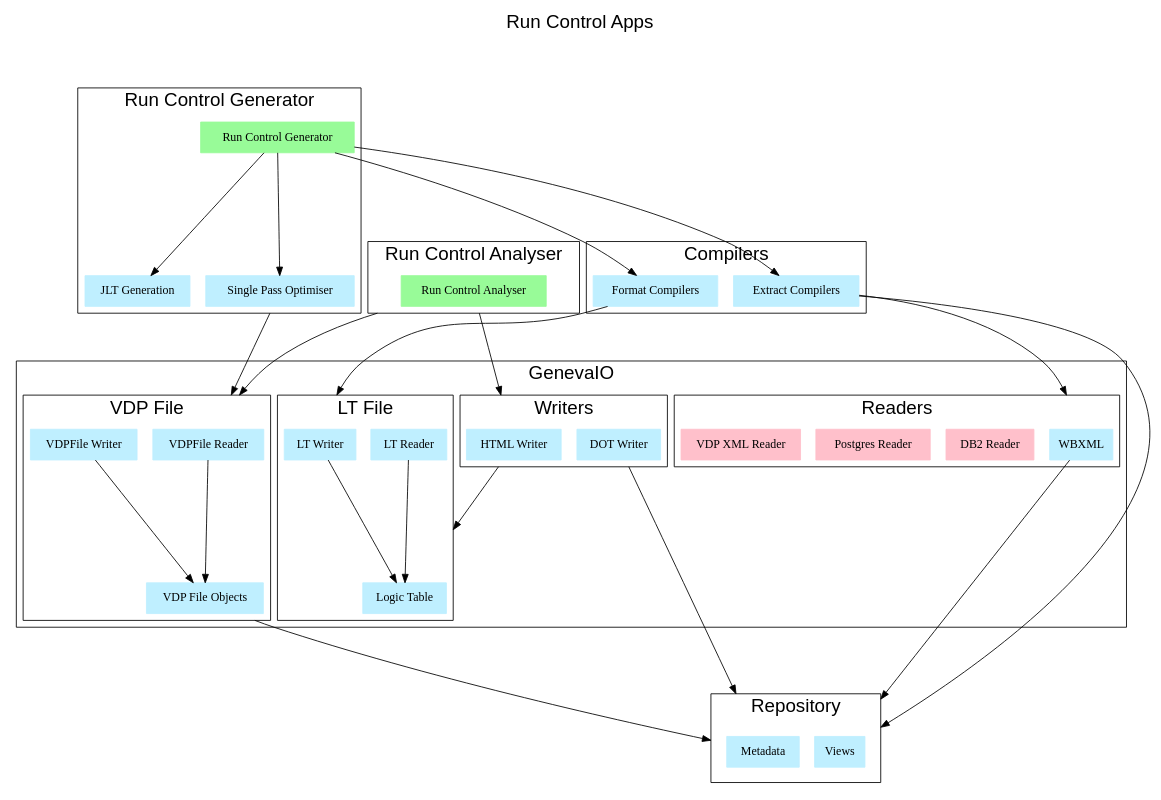
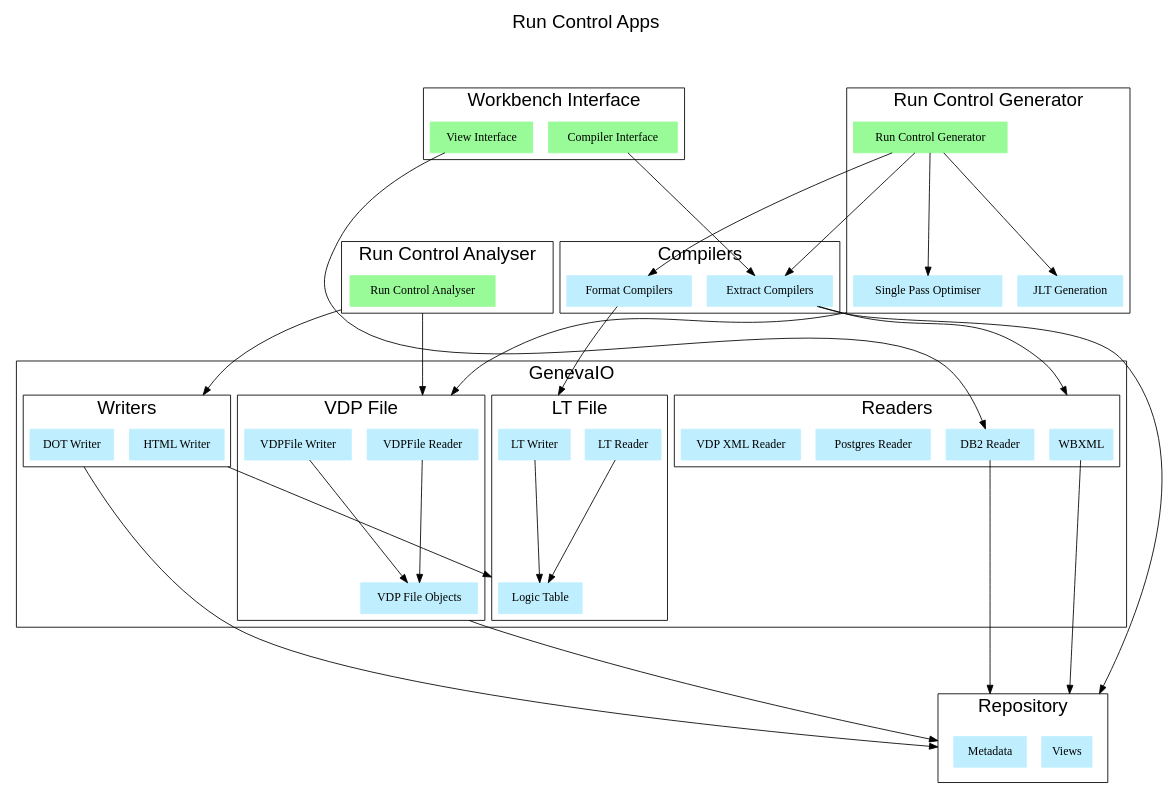
One commit to sritikki/Run-Control-Apps changed the diagram in docs/projects.dot. Above: the diagram before and after it, drawn with Graphviz. The commit also changed 1 other file, not shown here.

```diff
--- a/docs/projects.dot
+++ b/docs/projects.dot
@@ -1,83 +1,93 @@
 digraph FrontendProjects {
     rankdir=TB
 //Nodes
 graph [label="Run Control Apps\n\n\n", labelloc=t, labeljust=center, fontname=Helvetica, fontsize=22 ranksep="2 equally" compound=true ];
 labeljust=center;
 
 // Applications
 subgraph cluster_rcg { label="Run Control Generator" node [shape=plaintext]
     RCG[label="Run Control Generator" shape=rect style=filled color=PaleGreen]
     SPO[label="Single Pass Optimiser" shape=rect style=filled color="lightblue1" ]
 
     JLT[label="JLT Generation" shape=rect style=filled color="lightblue1" ]
 }
 
 subgraph cluster_comp { label="Compilers"  node [shape=plaintext] 
     EPF[label="Extract Compilers" shape=rect style=filled color="lightblue1" ]
     FPF[label="Format Compilers" shape=rect style=filled color="lightblue1" ]
 }
 
 
 subgraph cluster_fa { label="Run Control Analyser" node [shape=plaintext]
     FA[label="Run Control Analyser" shape=rect style=filled color=PaleGreen]
 }
 
+subgraph cluster_wb { label="Workbench Interface" node [shape=plaintext]
+    VI[label="View Interface" shape=rect style=filled color=PaleGreen]
+    CI[label="Compiler Interface" shape=rect style=filled color=PaleGreen]
+}
+
 //Libraries
 
 subgraph cluster_gio { label="GenevaIO" node [shape=plaintext]
 
     subgraph cluster_giolt { label="LT File" node [shape=plaintext]
        LTR[label="LT Reader" shape=rect style=filled color="lightblue1" ]
        LTW[label="LT Writer" shape=rect style=filled color="lightblue1" ]
        REPOL[label="Logic Table" shape=rect style=filled color="lightblue1" ]
     }
 
     subgraph cluster_giovdp { label="VDP File" node [shape=plaintext]
         VDPR[label="VDPFile Reader" shape=rect style=filled color="lightblue1" ]
         VDPW[label="VDPFile Writer" shape=rect style=filled color="lightblue1" ]
         REPOV[label="VDP File Objects" shape=rect style=filled color="lightblue1" ]
     }
 
     subgraph cluster_gior { label="Readers" node [shape=plaintext]
         WB[label="WBXML" shape=rect style=filled color="lightblue1" ]
-        DB2[label="DB2 Reader" shape=rect style=filled color="pink" ]
-        PG[label="Postgres Reader" shape=rect style=filled color="pink" ]
-        VX[label="VDP XML Reader" shape=rect style=filled color="pink" ]
+        DB2[label="DB2 Reader" shape=rect style=filled color="lightblue1" ]
+        PG[label="Postgres Reader" shape=rect style=filled color="lightblue1" ]
+        VX[label="VDP XML Reader" shape=rect style=filled color="lightblue1" ]
     }
 
     subgraph cluster_giow { label="Writers" node [shape=plaintext]
          HTML[label="HTML Writer" shape=rect style=filled color="lightblue1" ]
         DOT[label="DOT Writer" shape=rect style=filled color="lightblue1" ]
     }
 
 }
 
 subgraph cluster_repo { label="Repository" margin=18 node [shape=plaintext]
     REPOC[label="Views"  shape=rect style=filled color="lightblue1" ]
     REPOM[label="Metadata"  shape=rect style=filled color="lightblue1" ]
 }
 
 EPF -> WB [lhead=cluster_gior, ltail=cluster_rcg]
 FA -> VDPR [lhead=cluster_giovdp, ltail=cluster_fa]
 FA -> HTML [lhead=cluster_giow, ltail=cluster_fa]
 SPO -> VDPR [lhead=cluster_giovdp, ltail=cluster_rcg]
 LTR -> REPOL
 LTW -> REPOL
 
 HTML -> REPOL [lhead=cluster_giolt, ltail=cluster_giow]
 DOT  -> REPOM [lhead=cluster_repo, ltail=cluster_giow]
 VDPW -> REPOV 
 VDPR -> REPOV 
 WB -> REPOC [lhead=cluster_repo]
 RCG -> SPO
 RCG -> FPF
 RCG -> EPF
 RCG -> JLT
 
+VI -> DB2
+CI -> EPF
+
+DB2 -> REPOM [lhead=cluster_repo]
+
 
 EPF  -> { REPOC} [lhead=cluster_repo, ltail=cluster_rcg]
 FPF  -> LTW [lhead=cluster_giolt, ltail=cluster_rcg]
 
 
 REPOV -> REPOM [lhead=cluster_repo, ltail=cluster_giovdp]
 }
```
